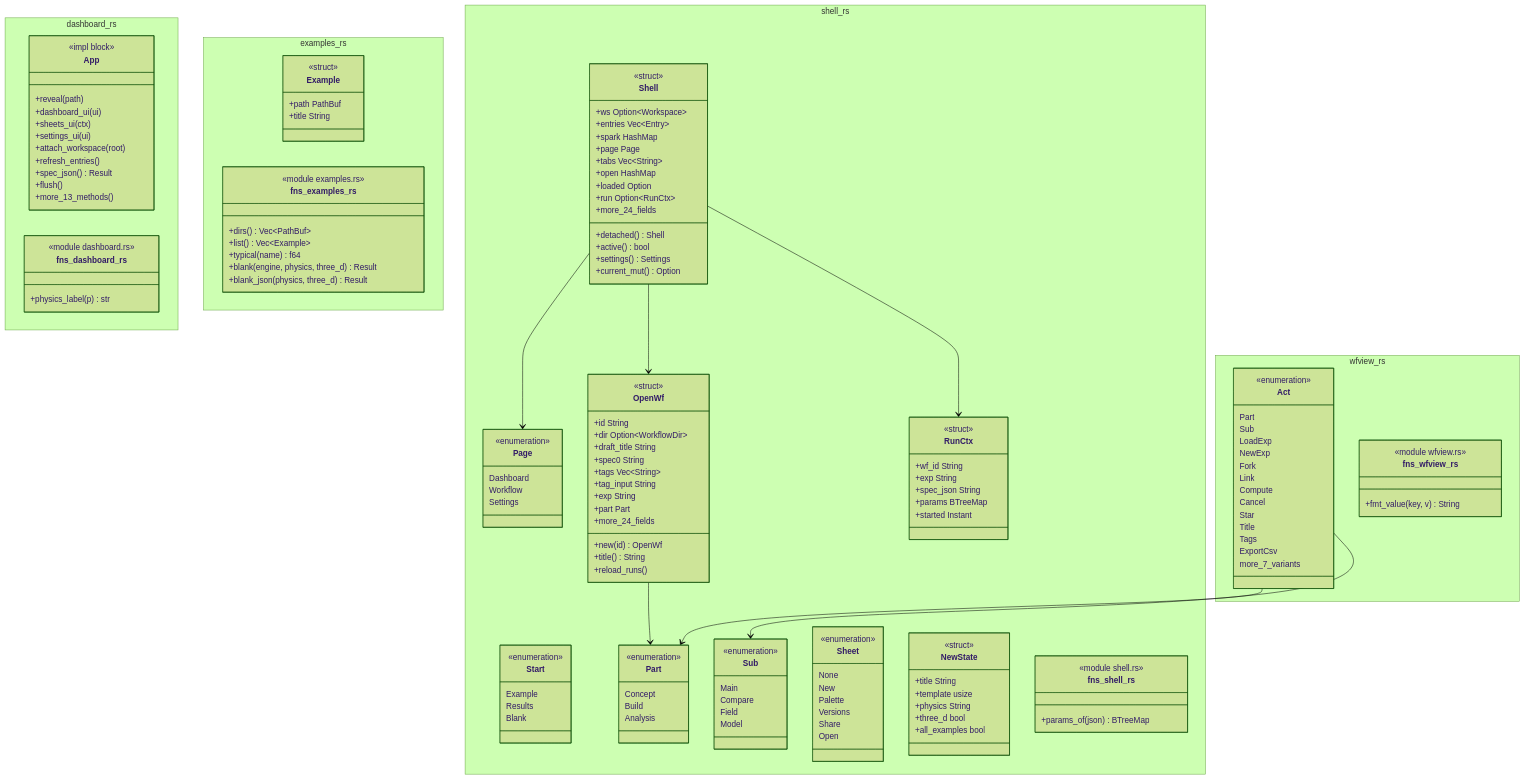
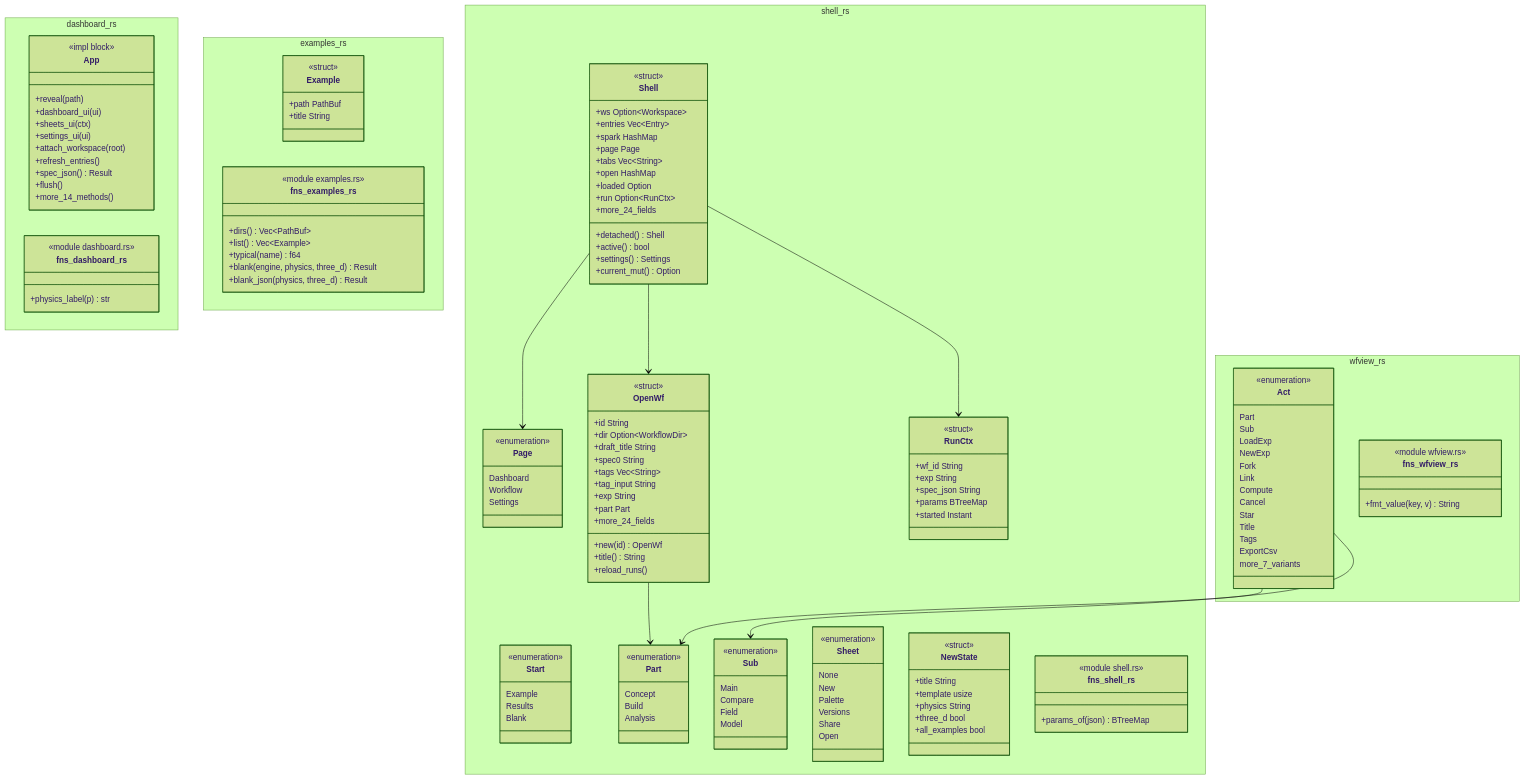
Before and after one commit to p-j-r/nyx: the diagram in docs/architecture/c4/4-code/app/shell.md, drawn with Mermaid (forest theme). The commit also changed other lines of this file and 48 other files, not shown here.

```diff
--- a/docs/architecture/c4/4-code/app/shell.md
+++ b/docs/architecture/c4/4-code/app/shell.md
@@ -50,7 +50,7 @@
         +refresh_entries()
         +spec_json() Result
         +flush()
-        +more_13_methods()
+        +more_14_methods()
     }
     class fns_dashboard_rs {
         <<module dashboard.rs>>
```
